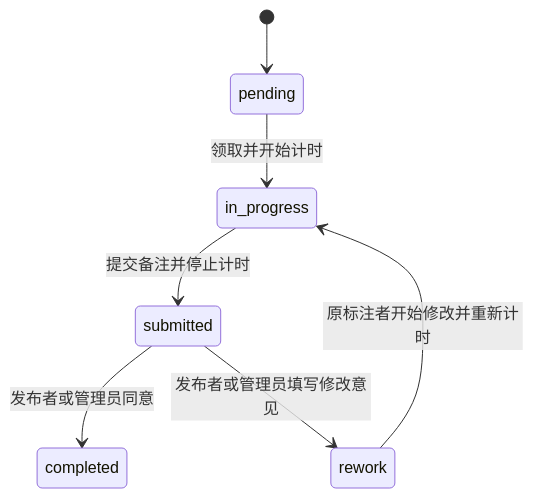
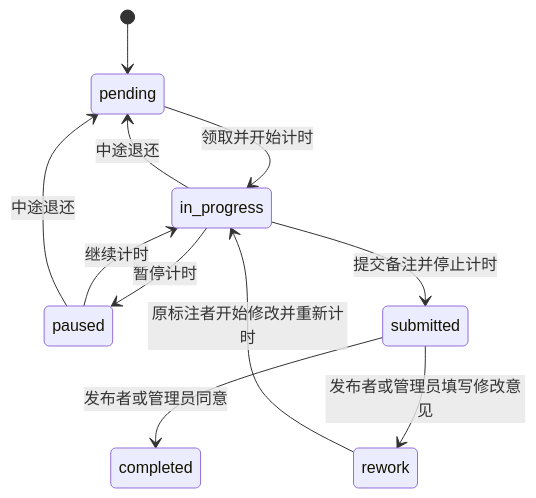
One commit to JasenZ2000/VideoAnnotate changed the first of 2 diagrams in docs/platform-capabilities.md. Above: the diagram before and after it, drawn with Mermaid. The commit also changed other lines of this file and 7 other files, not shown here.

````diff
--- a/docs/platform-capabilities.md
+++ b/docs/platform-capabilities.md
@@ -63,9 +63,13 @@
 ```mermaid
 stateDiagram-v2
     [*] --> pending
     pending --> in_progress: 领取并开始计时
+    in_progress --> paused: 暂停计时
+    paused --> in_progress: 继续计时
+    in_progress --> pending: 中途退还
+    paused --> pending: 中途退还
     in_progress --> submitted: 提交备注并停止计时
     submitted --> completed: 发布者或管理员同意
     submitted --> rework: 发布者或管理员填写修改意见
     rework --> in_progress: 原标注者开始修改并重新计时
 ```
````
